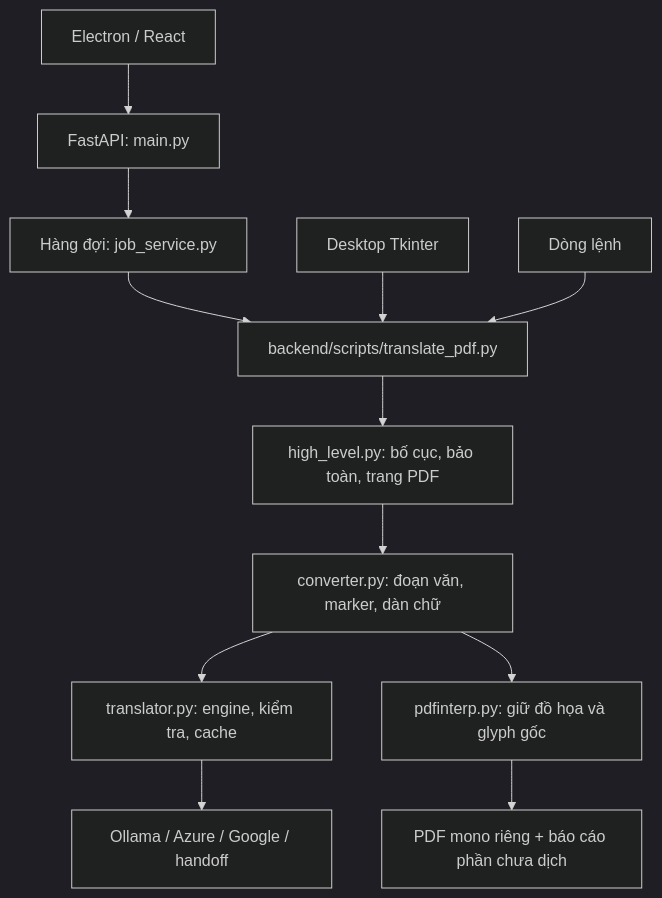
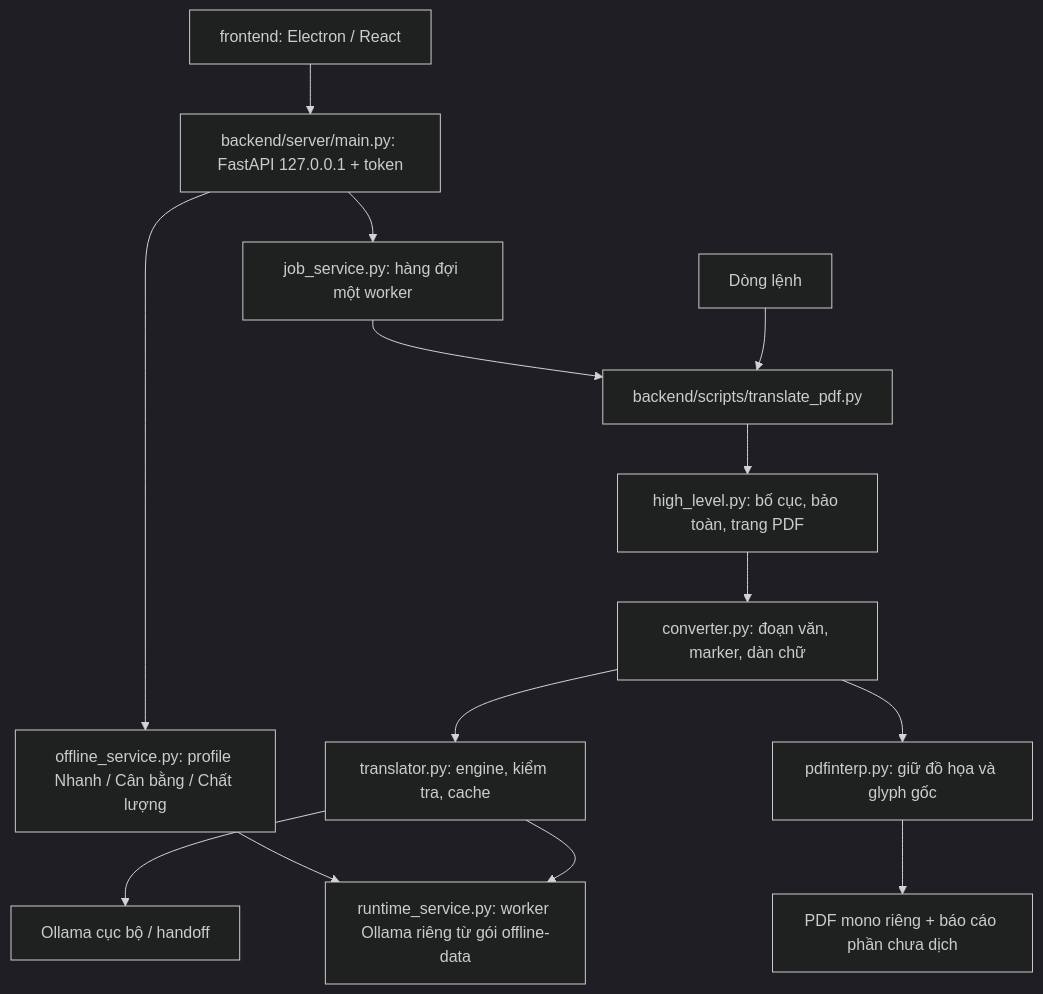
The diagram in docs/kien-truc/codebase-architecture.md (danghoangsqtt-sys/pdf-science-translator), drawn with Mermaid (dark theme) before and after one commit. The commit also changed other lines of this file and 5 other files, not shown here.

First line of the commit message:
Point the shared docs at backend/ and frontend/ instead of webui/

````diff
--- a/docs/kien-truc/codebase-architecture.md
+++ b/docs/kien-truc/codebase-architecture.md
@@ -7,14 +8,16 @@
 ```mermaid
 flowchart TD
-    E[Electron / React] --> A[FastAPI: main.py]
-    A --> J[Hàng đợi: job_service.py]
+    E[frontend: Electron / React] --> A[backend/server/main.py: FastAPI 127.0.0.1 + token]
+    A --> J[job_service.py: hàng đợi một worker]
+    A --> OS[offline_service.py: profile Nhanh / Cân bằng / Chất lượng]
+    OS --> RT[runtime_service.py: worker Ollama riêng từ gói offline-data]
     J --> C[backend/scripts/translate_pdf.py]
-    T[Desktop Tkinter] --> C
     CLI[Dòng lệnh] --> C
     C --> H[high_level.py: bố cục, bảo toàn, trang PDF]
     H --> V[converter.py: đoạn văn, marker, dàn chữ]
     V --> R[translator.py: engine, kiểm tra, cache]
-    R --> O[Ollama / Azure / Google / handoff]
+    R --> O[Ollama cục bộ / handoff]
+    R --> RT
     V --> P[pdfinterp.py: giữ đồ họa và glyph gốc]
     P --> OUT[PDF mono riêng + báo cáo phần chưa dịch]
 ```
````
